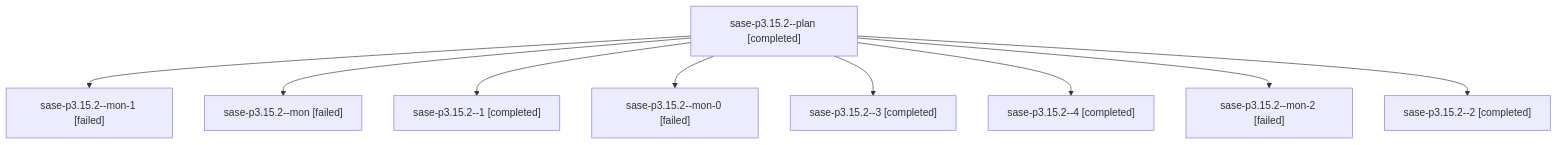
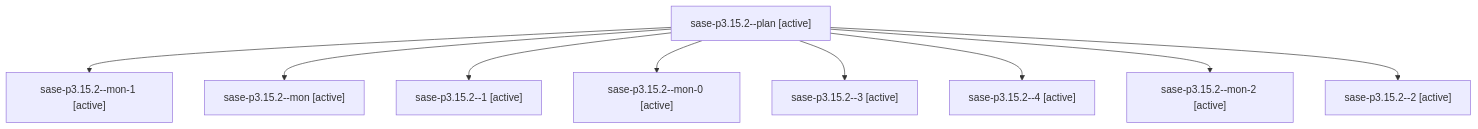
The diagram in families/bbugyi200.athena.sase-p3.15.2.md (sase-org/sase--agents), drawn with Mermaid before and after one commit. The commit also changed other lines of this file and 35830 other files, not shown here.

````diff
--- a/families/bbugyi200.athena.sase-p3.15.2.md
+++ b/families/bbugyi200.athena.sase-p3.15.2.md
@@ -9,20 +9,20 @@
 ```mermaid
 flowchart TD
-  n0["sase-p3.15.2--plan [completed]"]
-  n1["sase-p3.15.2--mon-1 [failed]"]
+  n0["sase-p3.15.2--plan [active]"]
+  n1["sase-p3.15.2--mon-1 [active]"]
   n0 --> n1
-  n2["sase-p3.15.2--mon [failed]"]
+  n2["sase-p3.15.2--mon [active]"]
   n0 --> n2
-  n3["sase-p3.15.2--1 [completed]"]
+  n3["sase-p3.15.2--1 [active]"]
   n0 --> n3
-  n4["sase-p3.15.2--mon-0 [failed]"]
+  n4["sase-p3.15.2--mon-0 [active]"]
   n0 --> n4
-  n5["sase-p3.15.2--3 [completed]"]
+  n5["sase-p3.15.2--3 [active]"]
   n0 --> n5
-  n6["sase-p3.15.2--4 [completed]"]
+  n6["sase-p3.15.2--4 [active]"]
   n0 --> n6
-  n7["sase-p3.15.2--mon-2 [failed]"]
+  n7["sase-p3.15.2--mon-2 [active]"]
   n0 --> n7
-  n8["sase-p3.15.2--2 [completed]"]
+  n8["sase-p3.15.2--2 [active]"]
   n0 --> n8
 ```
````
